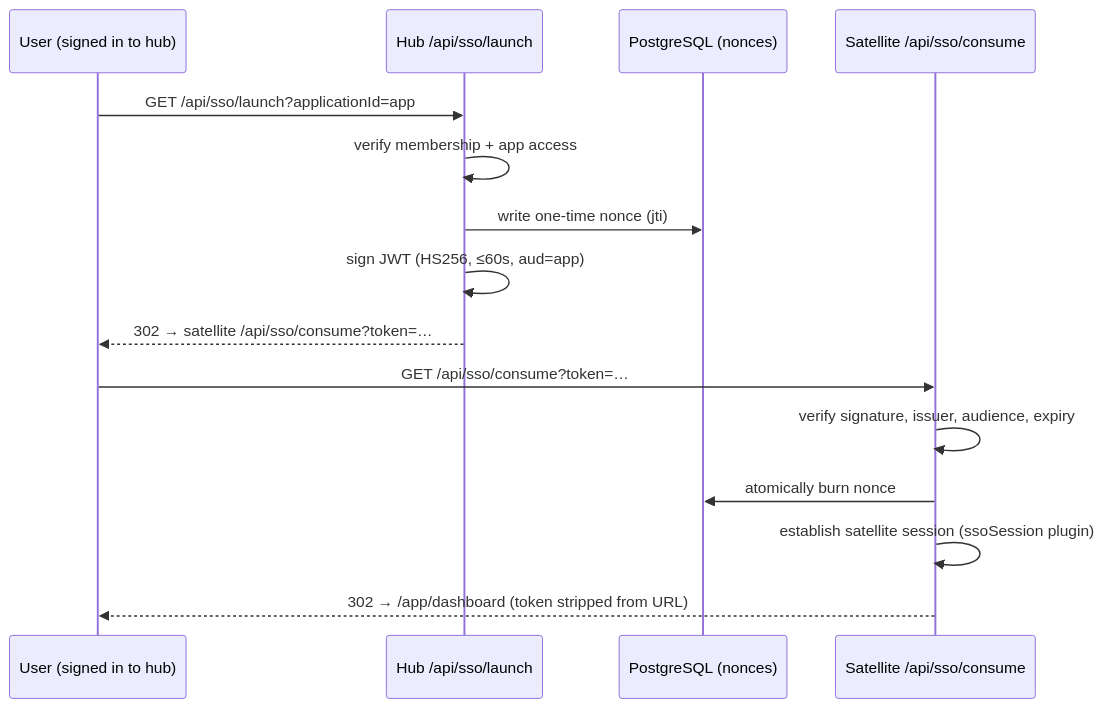
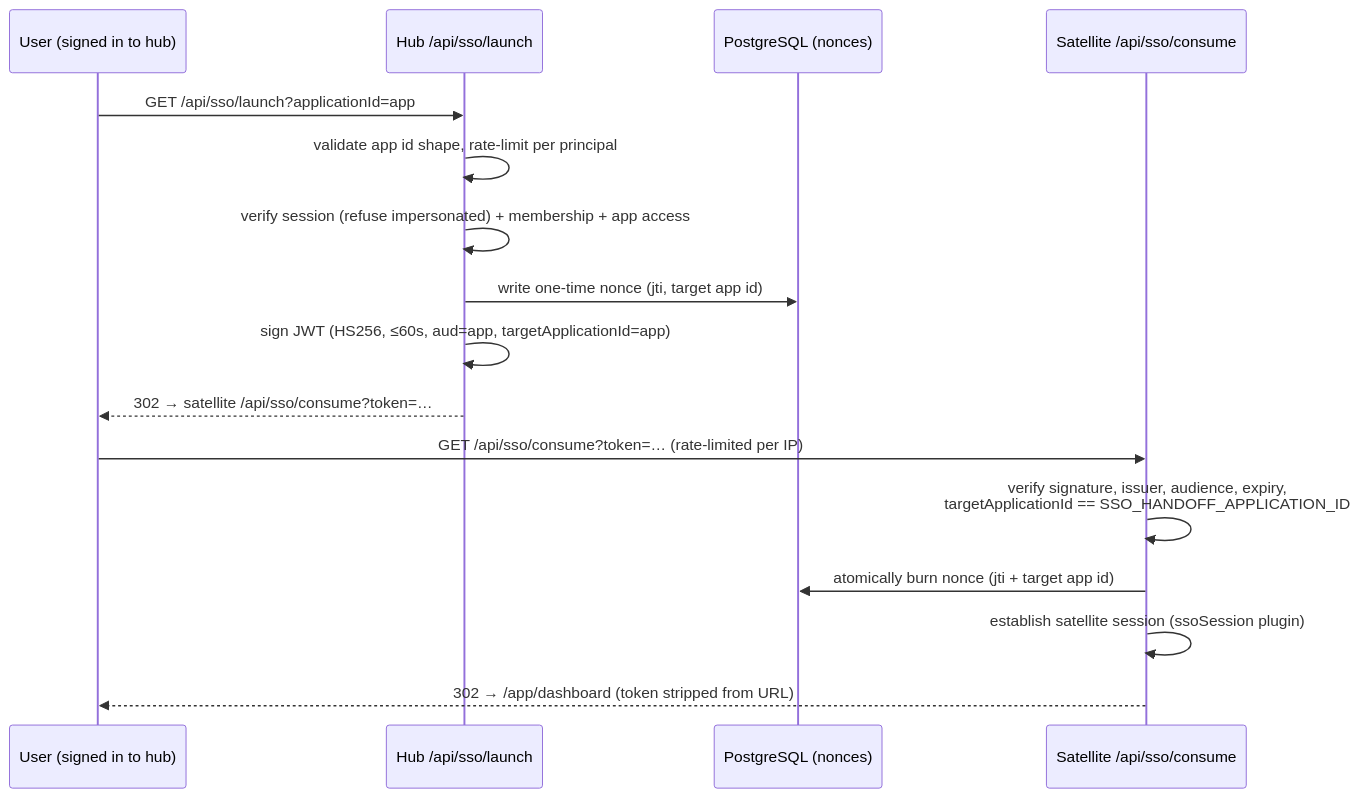
The fifth of 6 diagrams in docs/architecture.md (devresponse/devresponsekit), drawn with Mermaid before and after one commit. The commit also changed other lines of this file and 27 other files, not shown here.

````diff
--- a/docs/architecture.md
+++ b/docs/architecture.md
@@ -206,18 +208,19 @@
 ```mermaid
 sequenceDiagram
     participant U as User (signed in to hub)
     participant Hub as Hub /api/sso/launch
     participant DB as PostgreSQL (nonces)
     participant Sat as Satellite /api/sso/consume
 
     U->>Hub: GET /api/sso/launch?applicationId=app
-    Hub->>Hub: verify membership + app access
-    Hub->>DB: write one-time nonce (jti)
-    Hub->>Hub: sign JWT (HS256, ≤60s, aud=app)
+    Hub->>Hub: validate app id shape, rate-limit per principal
+    Hub->>Hub: verify session (refuse impersonated) + membership + app access
+    Hub->>DB: write one-time nonce (jti, target app id)
+    Hub->>Hub: sign JWT (HS256, ≤60s, aud=app, targetApplicationId=app)
     Hub-->>U: 302 → satellite /api/sso/consume?token=…
-    U->>Sat: GET /api/sso/consume?token=…
-    Sat->>Sat: verify signature, issuer, audience, expiry
-    Sat->>DB: atomically burn nonce
+    U->>Sat: GET /api/sso/consume?token=… (rate-limited per IP)
+    Sat->>Sat: verify signature, issuer, audience, expiry,<br/>targetApplicationId == SSO_HANDOFF_APPLICATION_ID
+    Sat->>DB: atomically burn nonce (jti + target app id)
     Sat->>Sat: establish satellite session (ssoSession plugin)
     Sat-->>U: 302 → /app/dashboard (token stripped from URL)
 ```
````
